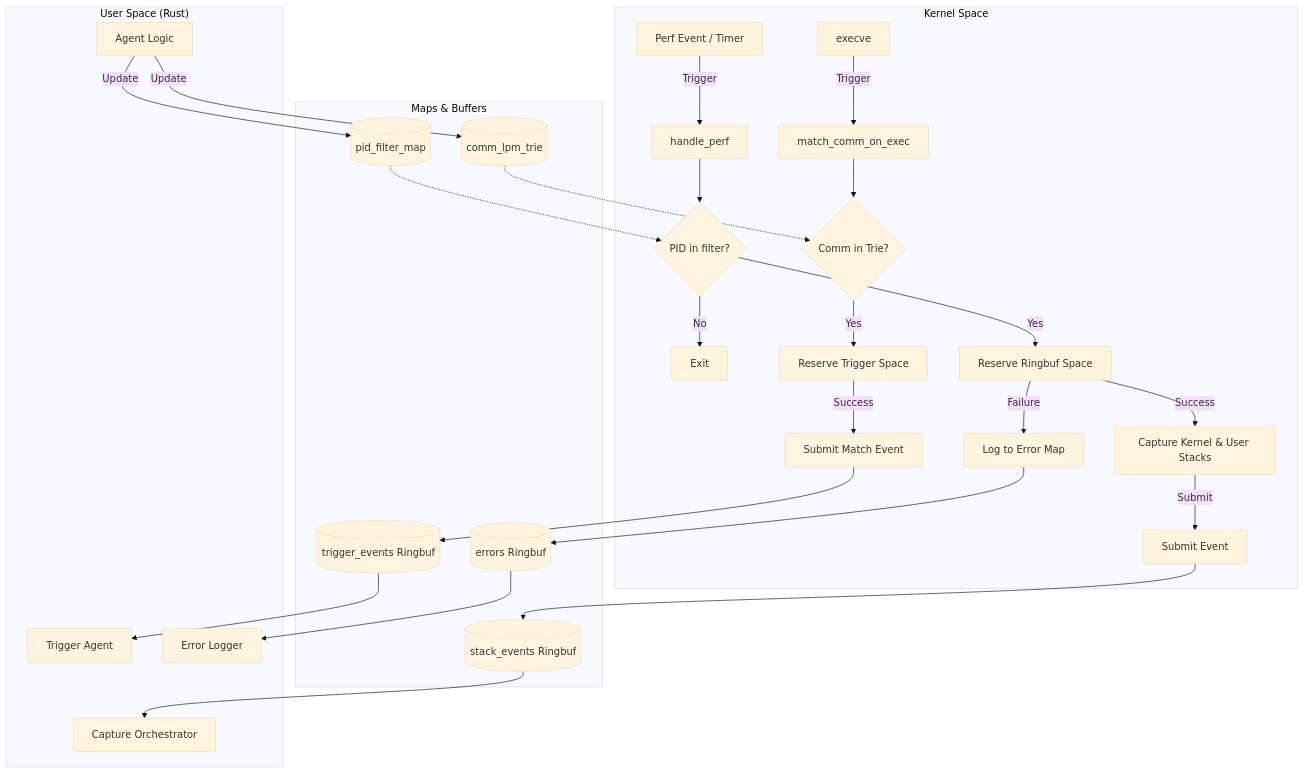
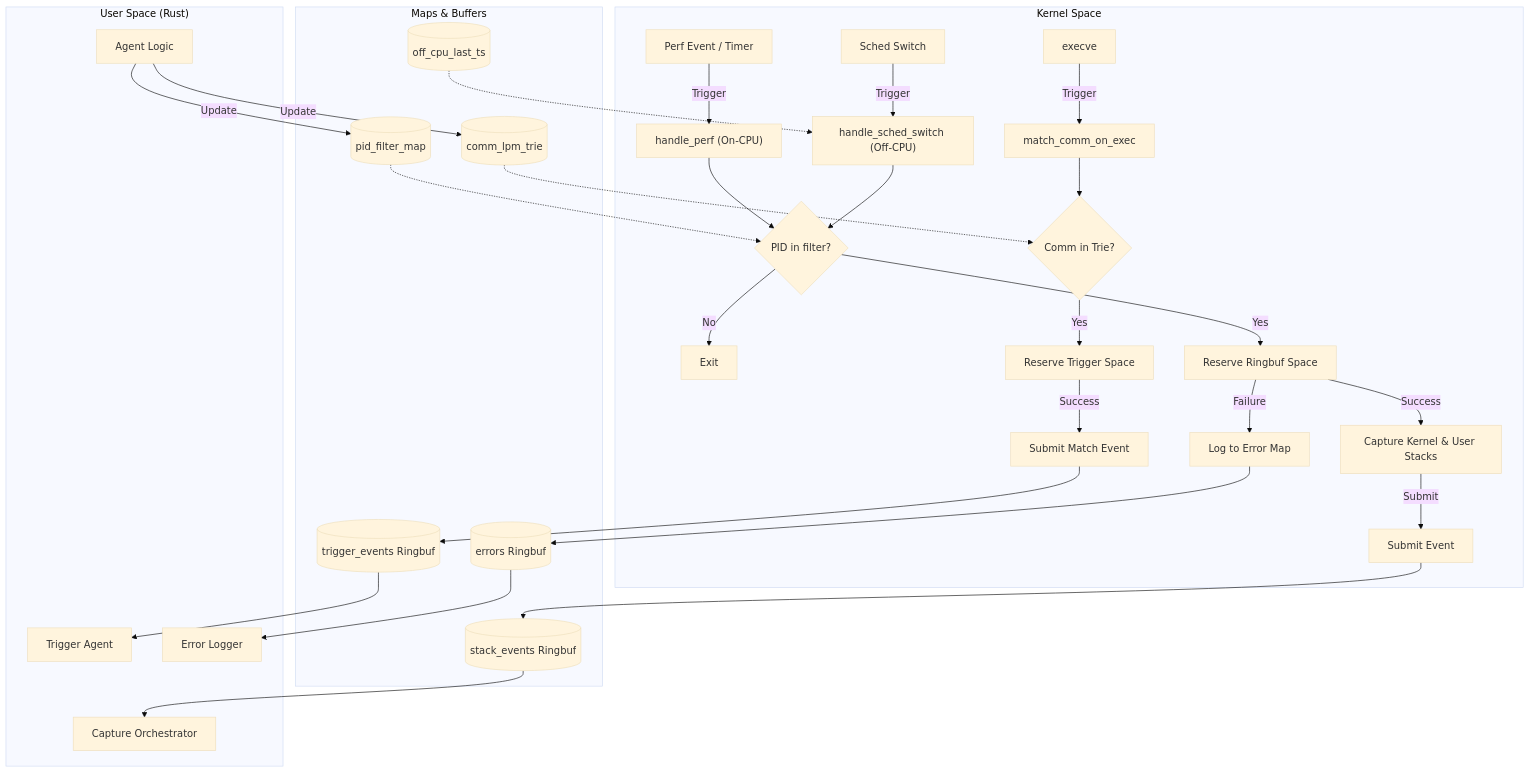
Before and after one commit to sugarraysam/bistouri: the diagram in docs/ebpf.qmd, drawn with Mermaid (base theme). The commit also changed other lines of this file and 4 other files, not shown here.

````diff
--- a/docs/ebpf.qmd
+++ b/docs/ebpf.qmd
@@ -71,35 +80,38 @@
 ```{mermaid}
 graph TD
     subgraph "Kernel Space"
-        P["Perf Event / Timer"] -->|"Trigger"| H["handle_perf"]
+        P["Perf Event / Timer"] -->|"Trigger"| H["handle_perf (On-CPU)"]
+        S["Sched Switch"] -->|"Trigger"| SS["handle_sched_switch (Off-CPU)"]
         E["execve"] -->|"Trigger"| M["match_comm_on_exec"]
 
         H --> L1{"PID in filter?"}
+        SS --> L1
         L1 -->|"No"| Exit["Exit"]
         L1 -->|"Yes"| R1["Reserve Ringbuf Space"]
 
-        R1 -->|"Success"| S["Capture Kernel & User Stacks"]
-        S -->|"Submit"| Sub["Submit Event"]
+        R1 -->|"Success"| ST["Capture Kernel & User Stacks"]
+        ST -->|"Submit"| Sub["Submit Event"]
         R1 -->|"Failure"| Err["Log to Error Map"]
 
         M --> L2{"Comm in Trie?"}
         L2 -->|"Yes"| R2["Reserve Trigger Space"]
         R2 -->|"Success"| Sub2["Submit Match Event"]
     end
 
     subgraph "Maps & Buffers"
         Sub --> RB1[("stack_events Ringbuf")]
         Sub2 --> RB2[("trigger_events Ringbuf")]
         Err --> RB3[("errors Ringbuf")]
         T[("comm_lpm_trie")] -.-> L2
         F[("pid_filter_map")] -.-> L1
+        L[("off_cpu_last_ts")] -.-> SS
     end
 
     subgraph "User Space (Rust)"
         RB1 --> Reader1["Capture Orchestrator"]
         RB2 --> Reader2["Trigger Agent"]
         RB3 --> Reader3["Error Logger"]
         Control["Agent Logic"] -->|"Update"| F
         Control -->|"Update"| T
     end
 ```
````
